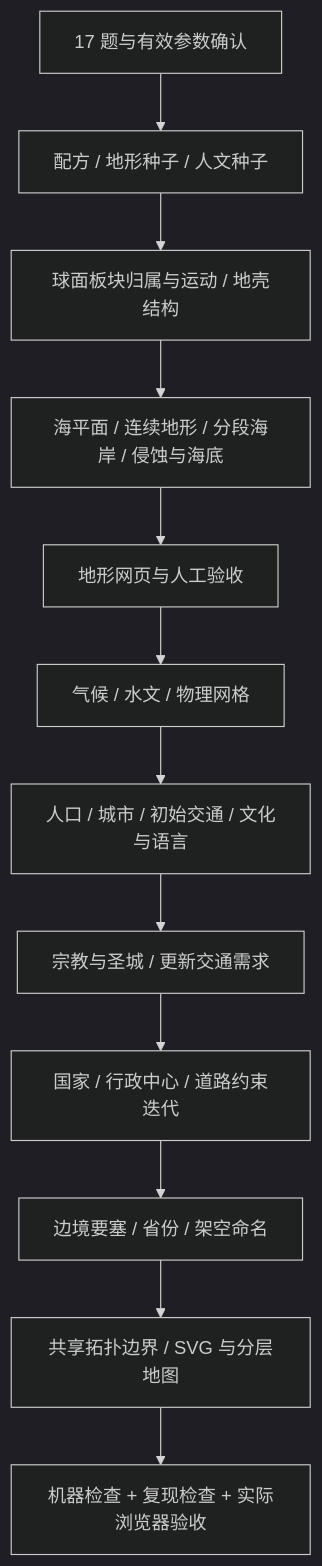
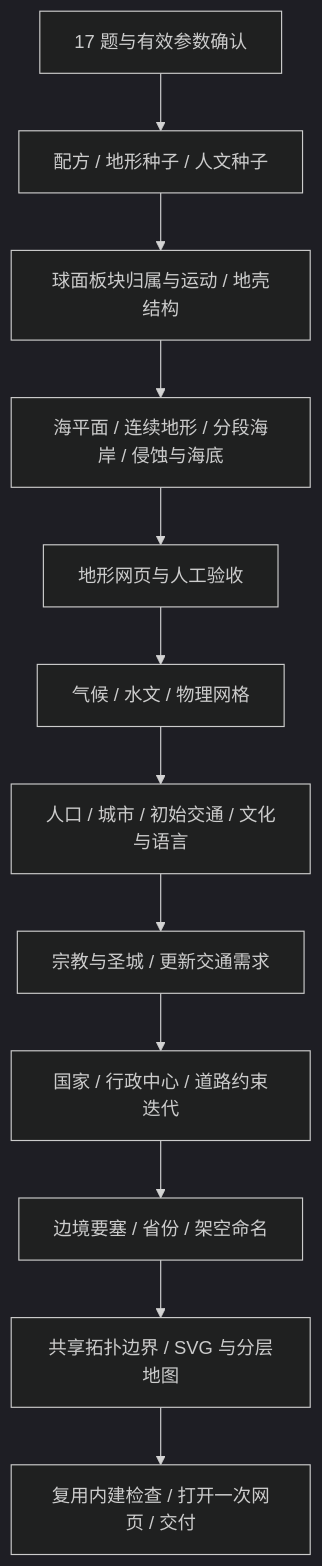
The diagram in README.md (yuuranku/world-atlas-engine), drawn with Mermaid (dark theme) before and after one commit. The commit also changed other lines of this file and 58 other files, not shown here.

````diff
--- a/README.md
+++ b/README.md
@@ -78,14 +79,14 @@
 ```mermaid
 flowchart TD
   Q[17 题与有效参数确认] --> S[配方 / 地形种子 / 人文种子]
   S --> T[球面板块归属与运动 / 地壳结构]
   T --> H[海平面 / 连续地形 / 分段海岸 / 侵蚀与海底]
   H --> V[地形网页与人工验收]
   V --> P[气候 / 水文 / 物理网格]
   P --> C[人口 / 城市 / 初始交通 / 文化与语言]
   C --> R[宗教与圣城 / 更新交通需求]
   R --> N[国家 / 行政中心 / 道路约束迭代]
   N --> A[边境要塞 / 省份 / 架空命名]
   A --> M[共享拓扑边界 / SVG 与分层地图]
-  M --> E[机器检查 + 复现检查 + 实际浏览器验收]
+  M --> E[复用内建检查 / 打开一次网页 / 交付]
 ```
````
